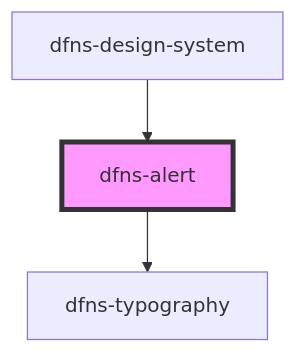
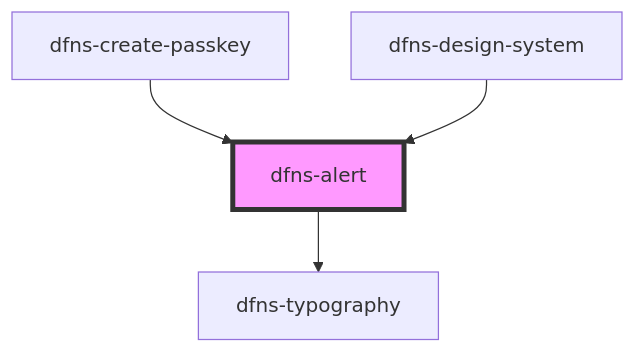
Before and after one commit to dfnsext/web-ui: the diagram in src/components/dfns-alert/readme.md, drawn with Mermaid. The commit also changed other lines of this file and 20 other files, not shown here.

Commit message:
Accor - create-passkey UI integration

````diff
--- a/src/components/dfns-alert/readme.md
+++ b/src/components/dfns-alert/readme.md
@@ -30,6 +31,7 @@
 ```mermaid
 graph TD;
   dfns-alert --> dfns-typography
+  dfns-create-passkey --> dfns-alert
   dfns-design-system --> dfns-alert
   style dfns-alert fill:#f9f,stroke:#333,stroke-width:4px
 ```
````
